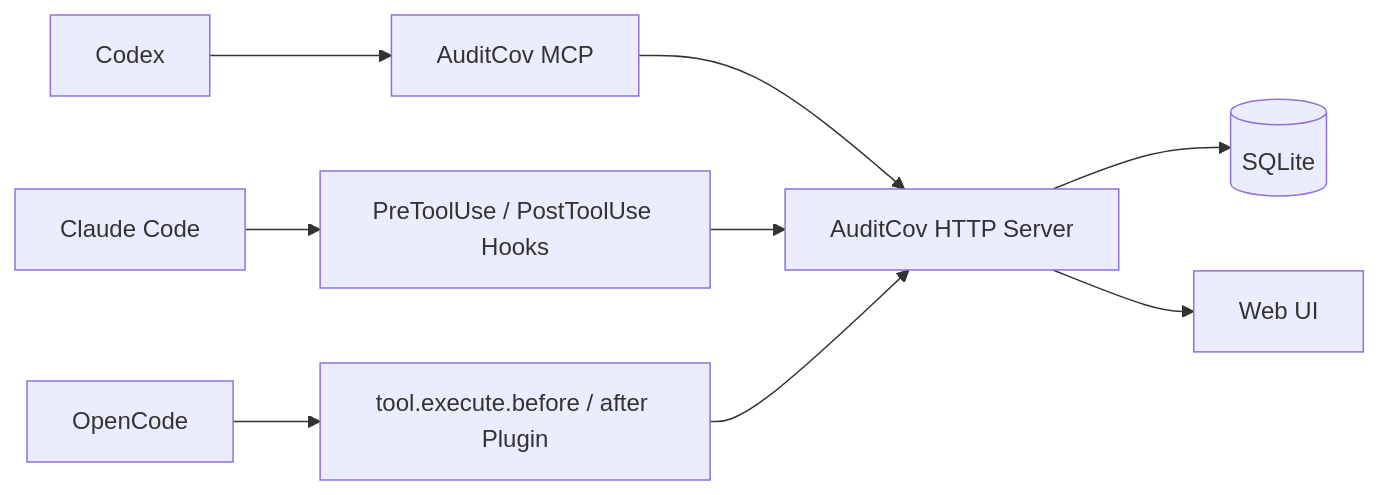
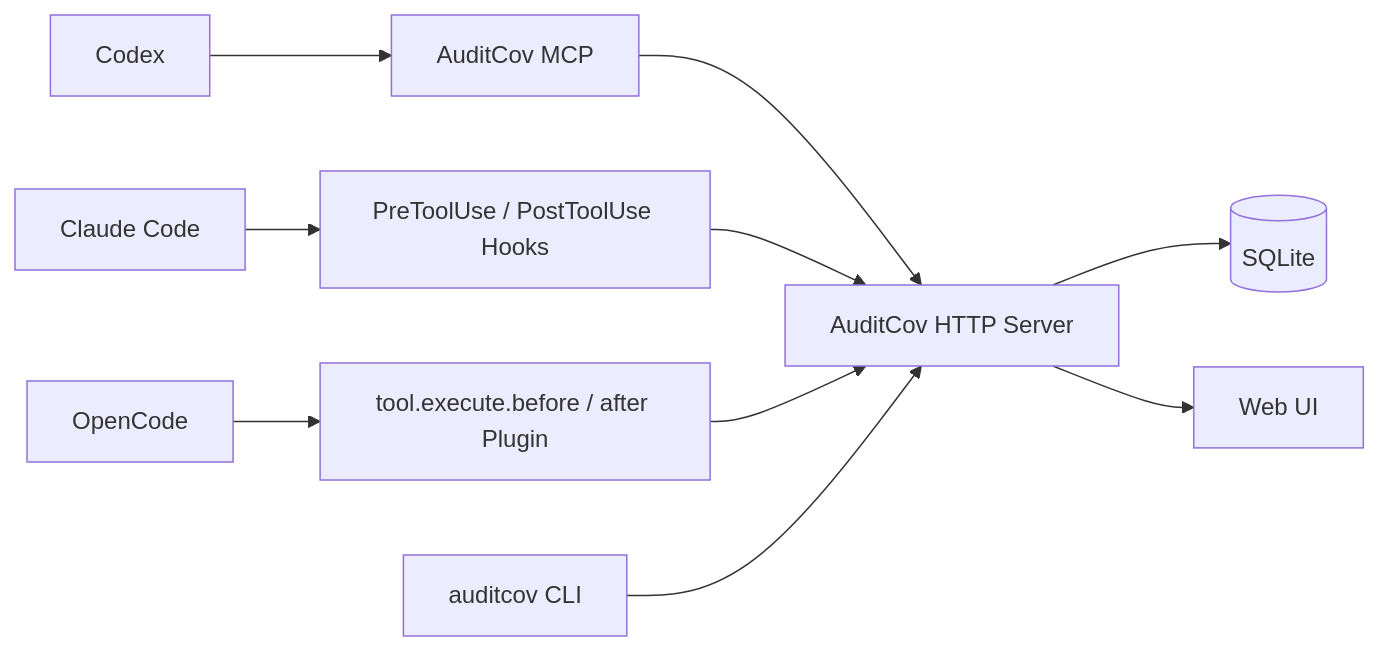
Before and after one commit to chenaotian/AuditCov: the diagram in README.md, drawn with Mermaid. The commit also changed other lines of this file and 5 other files, not shown here.

````diff
--- a/README.md
+++ b/README.md
@@ -32,11 +33,12 @@
 ```mermaid
 flowchart LR
     C["Codex"] --> CM["AuditCov MCP"]
     CC["Claude Code"] --> CH["PreToolUse / PostToolUse Hooks"]
     OC["OpenCode"] --> OH["tool.execute.before / after Plugin"]
     CM --> S["AuditCov HTTP Server"]
     CH --> S
     OH --> S
+    CLI["auditcov CLI"] --> S
     S --> DB[("SQLite")]
     S --> WEB["Web UI"]
 ```
````
